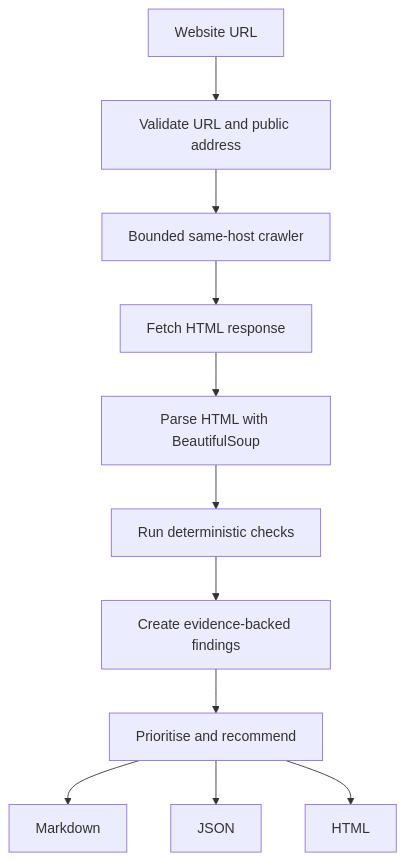
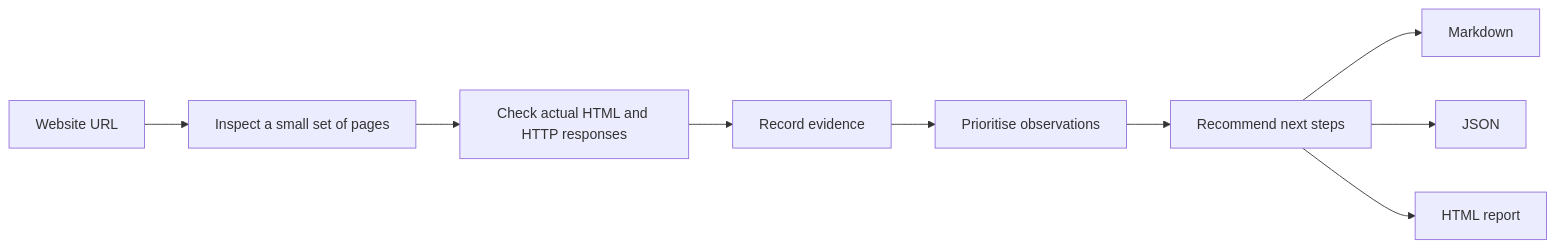
One commit to yerageracharan/website-revenue-leak-auditor changed the first of 7 diagrams in README.md. Above: the diagram before and after it, drawn with Mermaid. The commit also changed other lines of this file, not shown here.

Commit message:
Expand README into comprehensive beginner guide with diagrams and visual workflows

```diff
--- a/README.md
+++ b/README.md
@@ -219,13 +38,11 @@
 ~~~mermaid
-flowchart TD
-    A["Website URL"] --> B["Validate URL and public address"]
-    B --> C["Bounded same-host crawler"]
-    C --> D["Fetch HTML response"]
-    D --> E["Parse HTML with BeautifulSoup"]
-    E --> F["Run deterministic checks"]
-    F --> G["Create evidence-backed findings"]
-    G --> H["Prioritise and recommend"]
-    H --> I["Markdown"]
-    H --> J["JSON"]
-    H --> K["HTML"]
+flowchart LR
+    A["Website URL"] --> B["Inspect a small set of pages"]
+    B --> C["Check actual HTML and HTTP responses"]
+    C --> D["Record evidence"]
+    D --> E["Prioritise observations"]
+    E --> F["Recommend next steps"]
+    F --> G["Markdown"]
+    F --> H["JSON"]
+    F --> I["HTML report"]
 ~~~
```
